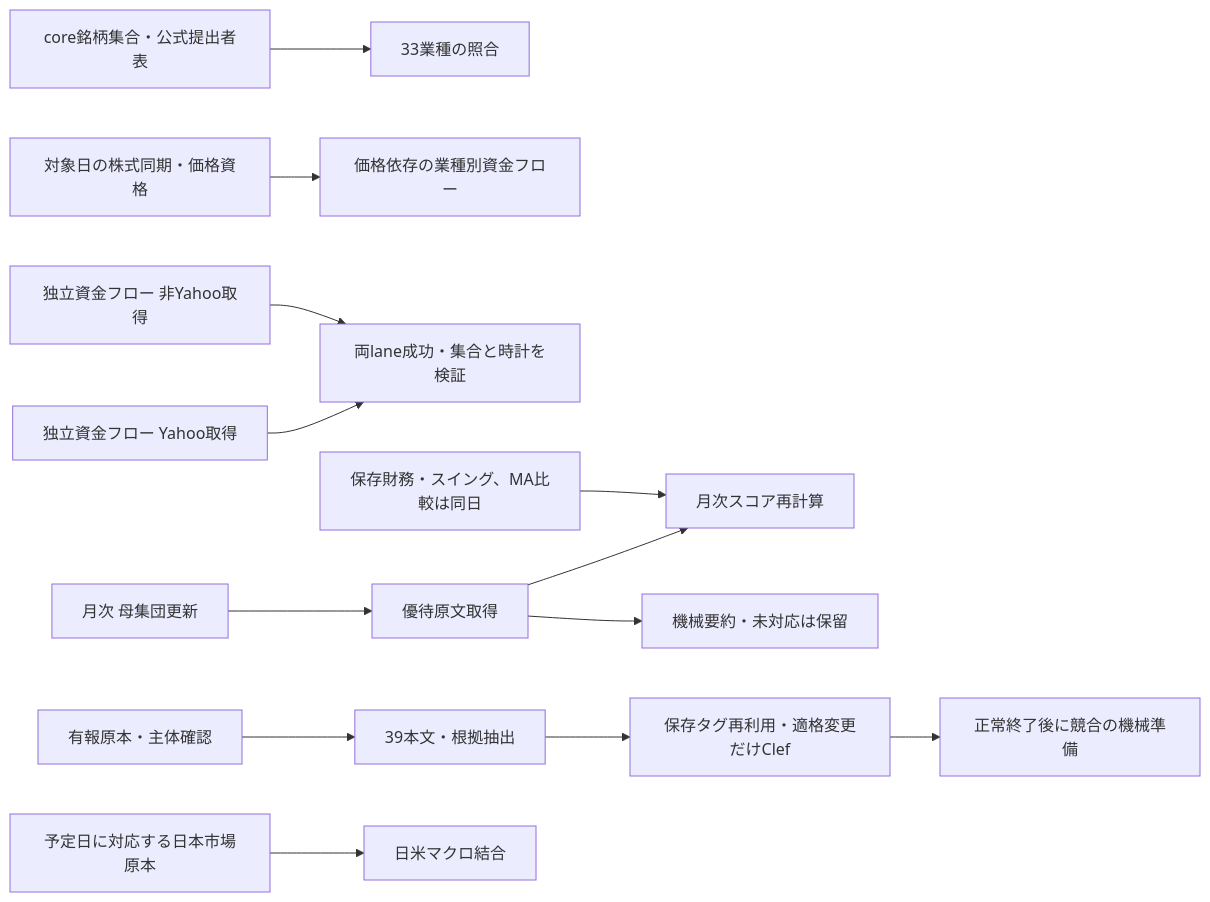
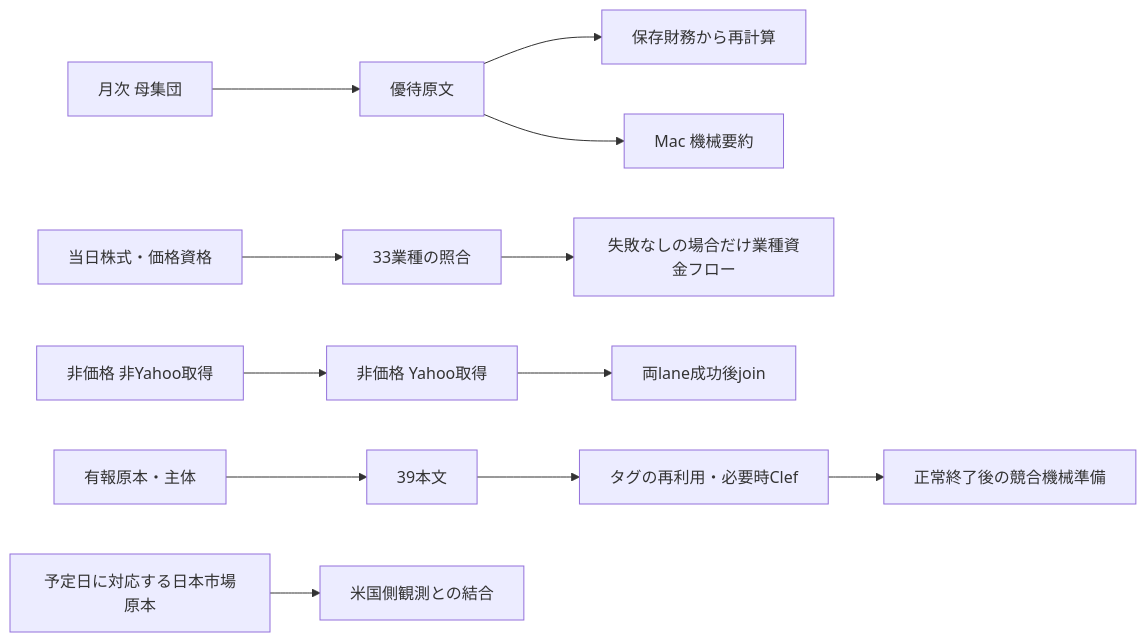
The diagram in docs/production-job-inventory.md (satoki252595/kabulab_tool_cloudflare), drawn with Mermaid before and after one commit. The commit also changed other lines of this file and 8 other files, not shown here.

````diff
--- a/docs/production-job-inventory.md
+++ b/docs/production-job-inventory.md
@@ -31,15 +23,14 @@
 ```mermaid
 flowchart LR
-  master[core銘柄集合・公式提出者表] --> sectors[33業種の照合]
-  prices[対象日の株式同期・価格資格] --> flow[価格依存の業種別資金フロー]
-  yahoo[独立資金フロー Yahoo取得] --> join[両lane成功・集合と時計を検証]
-  other[独立資金フロー 非Yahoo取得] --> join
-  universe[月次 母集団更新] --> benefits[優待原文取得]
-  benefits --> score[月次スコア再計算]
-  stored[保存財務・スイング、MA比較は同日] --> score
-  benefits --> summary[機械要約・未対応は保留]
-  edinet[有報原本・主体確認] --> body[39本文・根拠抽出]
-  body --> tags[保存タグ再利用・適格変更だけClef]
-  tags --> prep[正常終了後に競合の機械準備]
-  jp[予定日に対応する日本市場原本] --> macro[日米マクロ結合]
+  universe[月次 母集団] --> benefits[優待原文]
+  benefits --> score[保存財務から再計算]
+  benefits --> summary[Mac 機械要約]
+  prices[当日株式・価格資格] --> sector[33業種の照合]
+  sector --> flow[失敗なしの場合だけ業種資金フロー]
+  nonYahoo[非価格 非Yahoo取得] --> yahoo[非価格 Yahoo取得]
+  yahoo --> join[両lane成功後join]
+  source[有報原本・主体] --> body[39本文]
+  body --> tags[タグの再利用・必要時Clef]
+  tags --> prep[正常終了後の競合機械準備]
+  jp[予定日に対応する日本市場原本] --> macro[米国側観測との結合]
 ```
````
